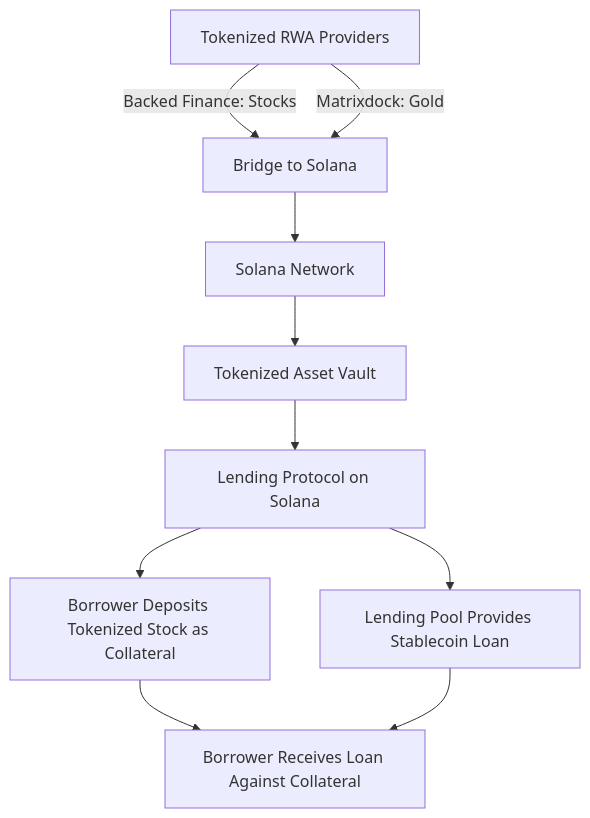
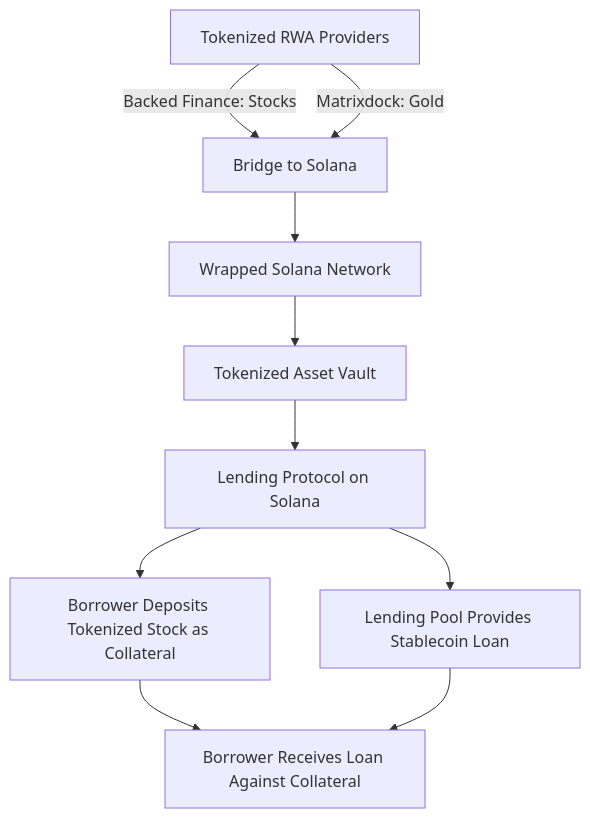
One commit to Joseph-hackathon/Joseph-hackathon changed the diagram in README.md. Above: the diagram before and after it, drawn with Mermaid.

````diff
--- a/README.md
+++ b/README.md
@@ -5,15 +5,15 @@
 ```mermaid
 graph TD
     A[Tokenized RWA Providers] -->|Backed Finance: Stocks| B[Bridge to Solana]
     A -->|Matrixdock: Gold| B
 
-    B --> C[Solana Network]
+    B --> C[Wrapped Solana Network]
     C --> D[Tokenized Asset Vault]
 
     D --> E[Lending Protocol on Solana]
     E --> F[Borrower Deposits Tokenized Stock as Collateral]
     E --> G[Lending Pool Provides Stablecoin Loan]
 
     F --> H[Borrower Receives Loan Against Collateral]
     G --> H
 ```
````
